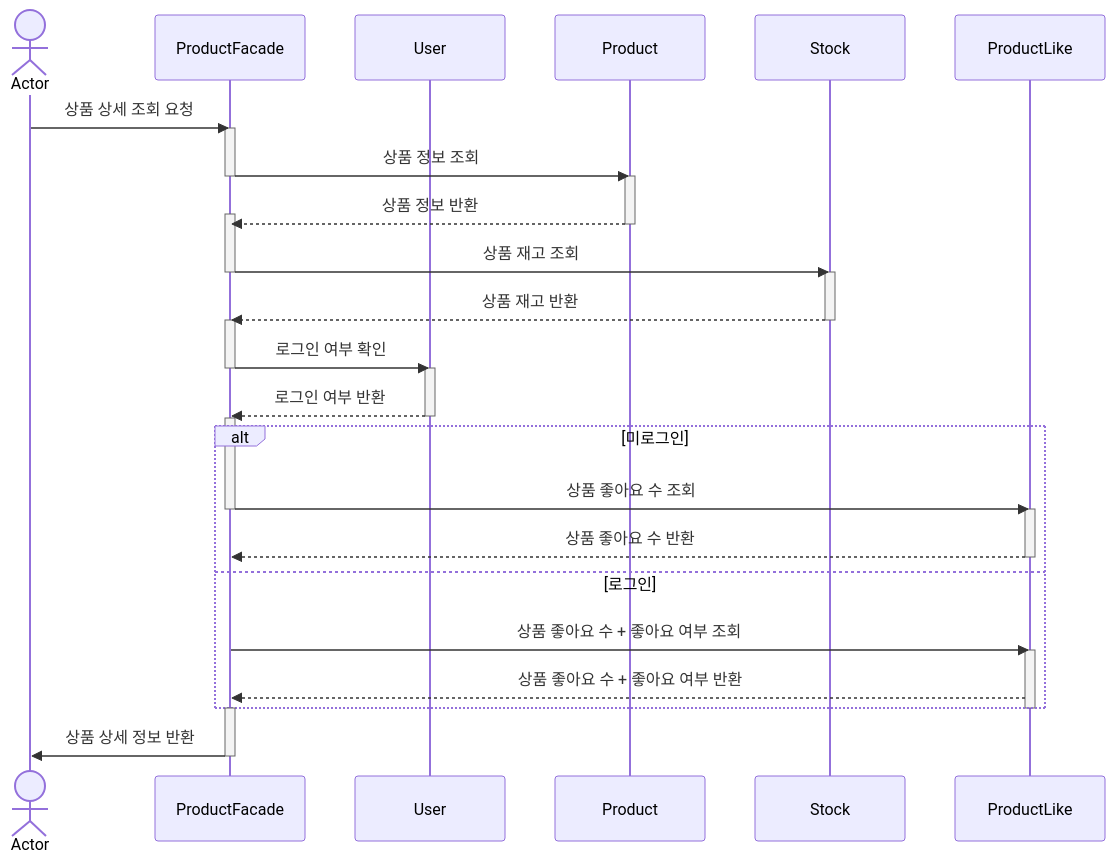
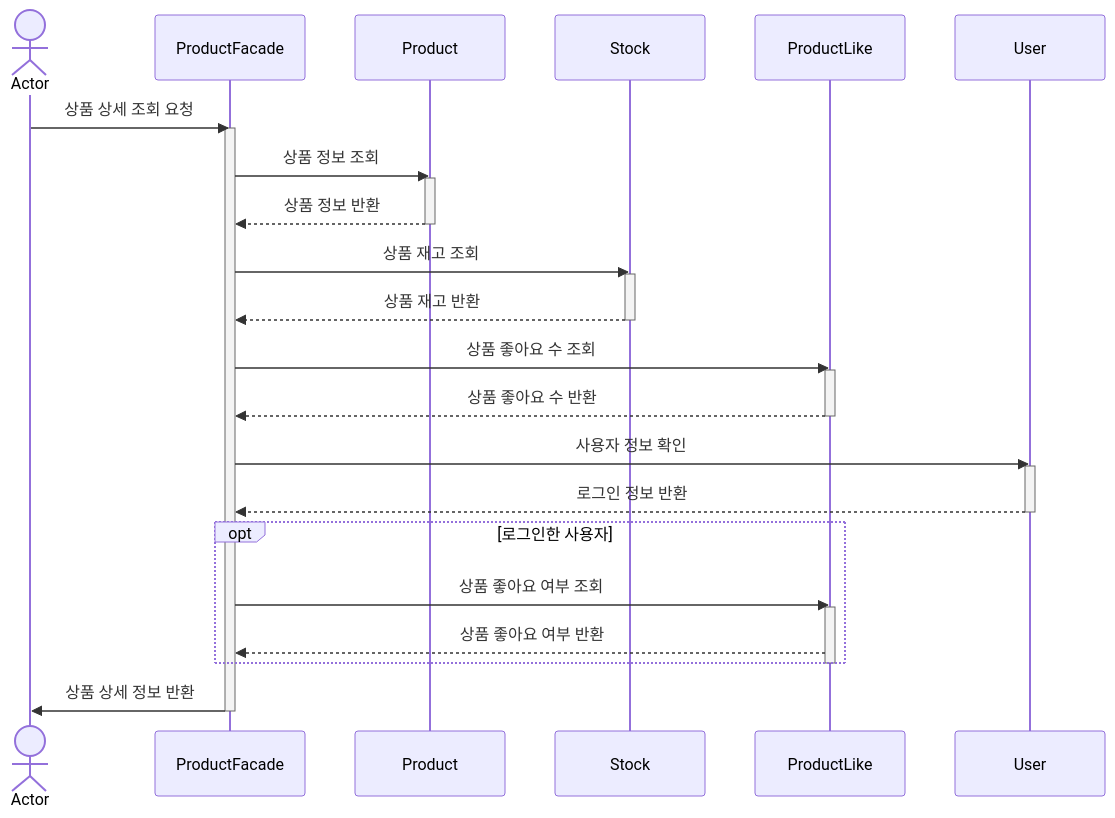
One commit to hgh1472/loopers changed the second of 9 diagrams in docs/design/02-sequence-diagrams.md. Above: the diagram before and after it, drawn with Mermaid. The commit also changed other lines of this file and 3 other files, not shown here.

````diff
--- a/docs/design/02-sequence-diagrams.md
+++ b/docs/design/02-sequence-diagrams.md
@@ -55,48 +45,36 @@
 ```mermaid
 sequenceDiagram
   actor A as Actor
   participant PF as ProductFacade
-  participant U as User
   participant P as Product
   participant S as Stock
   participant L as ProductLike
+  participant U as User
   
   A->>PF: 상품 상세 조회 요청
   activate PF
   PF->>P: 상품 정보 조회
-  deactivate PF
   activate P
   P-->>PF: 상품 정보 반환
-  activate PF
   deactivate P
   PF->>S: 상품 재고 조회
-  deactivate PF
   activate S
   S-->>PF: 상품 재고 반환
   deactivate S
-  activate PF
-  PF->>U: 로그인 여부 확인
+  PF->>L: 상품 좋아요 수 조회
+  activate L
+  L-->>PF: 상품 좋아요 수 반환
+  deactivate L
+  PF->>U: 사용자 정보 확인
+  activate U
+  U-->>PF: 로그인 정보 반환
+  deactivate U
+  opt 로그인한 사용자
+    PF->>L: 상품 좋아요 여부 조회
+    activate L
+    L-->>PF: 상품 좋아요 여부 반환
+  end
+  deactivate L
+  PF->>A: 상품 상세 정보 반환
   deactivate PF
-  activate U
-  U-->>PF: 로그인 여부 반환
-  deactivate U
-  activate PF
-  alt 미로그인
-    PF->>L: 상품 좋아요 수 조회
-    deactivate PF
-    activate L
-    L-->>PF: 상품 좋아요 수 반환
-    deactivate L
-  else 로그인
-    PF->>L: 상품 좋아요 수 + 좋아요 여부 조회
-    activate L
-    L-->>PF: 상품 좋아요 수 + 좋아요 여부 반환
-  end
-    deactivate L
-    activate PF
-    PF->>A: 상품 상세 정보 반환
-    deactivate PF
-  
- 
-  
 ```
````
